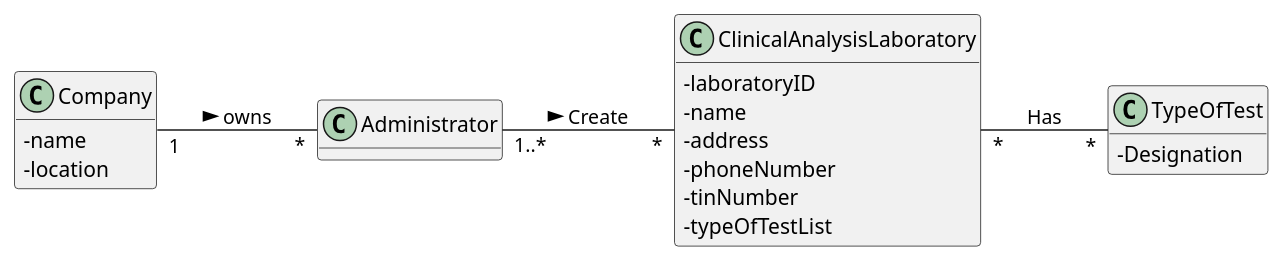
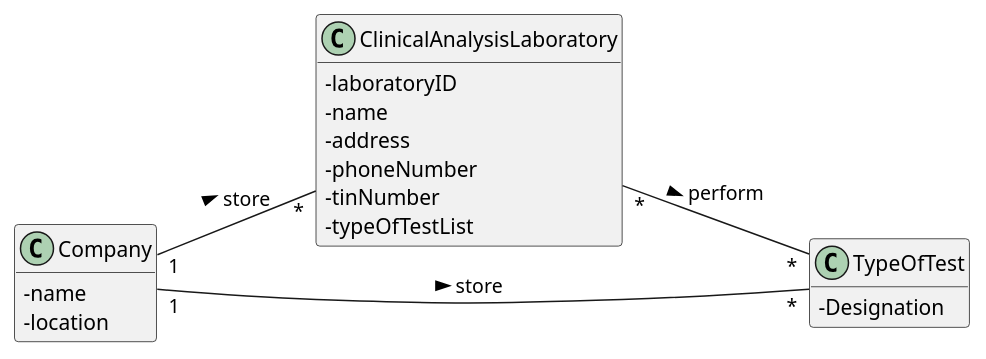
The diagram in docs/SprintB/US8/UC8_MD.puml (GuilhermeCunha79/lapr2), drawn with PlantUML before and after one commit. The commit also changed 9 other files, not shown here.

```diff
--- a/docs/SprintB/US8/UC8_MD.puml
+++ b/docs/SprintB/US8/UC8_MD.puml
@@ -1,35 +1,34 @@
 @startuml
 hide methods
 left to right direction
 skinparam classAttributeIconSize 0
 
 
 class Company {
   -name
   -location
 }
 
-class Administrator {
 
-}
+
 
 class ClinicalAnalysisLaboratory {
   -laboratoryID
   -name
   -address
   -phoneNumber
   -tinNumber
   -typeOfTestList
 }
 
 class TypeOfTest {
   -Designation
 }
 
 
-Company "1" -- "*" Administrator : owns >
-Administrator"1..*" -- "*" ClinicalAnalysisLaboratory : Create >
-ClinicalAnalysisLaboratory"*" -- "*" TypeOfTest : Has
+Company "1" -- "*" ClinicalAnalysisLaboratory : store >
+Company"1" -- "*" TypeOfTest : store >
+ClinicalAnalysisLaboratory "*" -- "*" TypeOfTest : perform >
 
 
 @enduml
```
